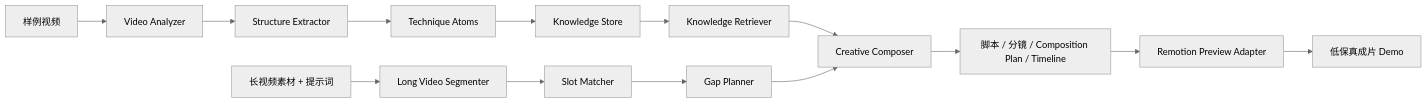
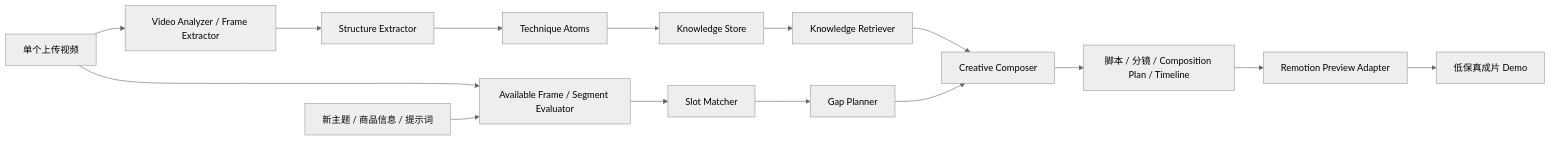
One commit to Explainfuture/byteProject changed the diagram in docs/ARCHITECTURE.md. Above: the diagram before and after it, drawn with Mermaid (neutral theme). The commit also changed other lines of this file and 13 other files, not shown here.

````diff
--- a/docs/ARCHITECTURE.md
+++ b/docs/ARCHITECTURE.md
@@ -5,16 +5,17 @@
 ```mermaid
 flowchart LR
-  A[样例视频] --> B[Video Analyzer]
+  A[单个上传视频] --> B[Video Analyzer / Frame Extractor]
   B --> C[Structure Extractor]
   C --> D[Technique Atoms]
   D --> E[Knowledge Store]
-  F[长视频素材 + 提示词] --> G[Long Video Segmenter]
+  A --> G[Available Frame / Segment Evaluator]
+  F[新主题 / 商品信息 / 提示词] --> G
   G --> H[Slot Matcher]
   E --> I[Knowledge Retriever]
   I --> J[Creative Composer]
   H --> K[Gap Planner]
   K --> J
   J --> L[脚本 / 分镜 / Composition Plan / Timeline]
   L --> M[Remotion Preview Adapter]
   M --> N[低保真成片 Demo]
 ```
````
